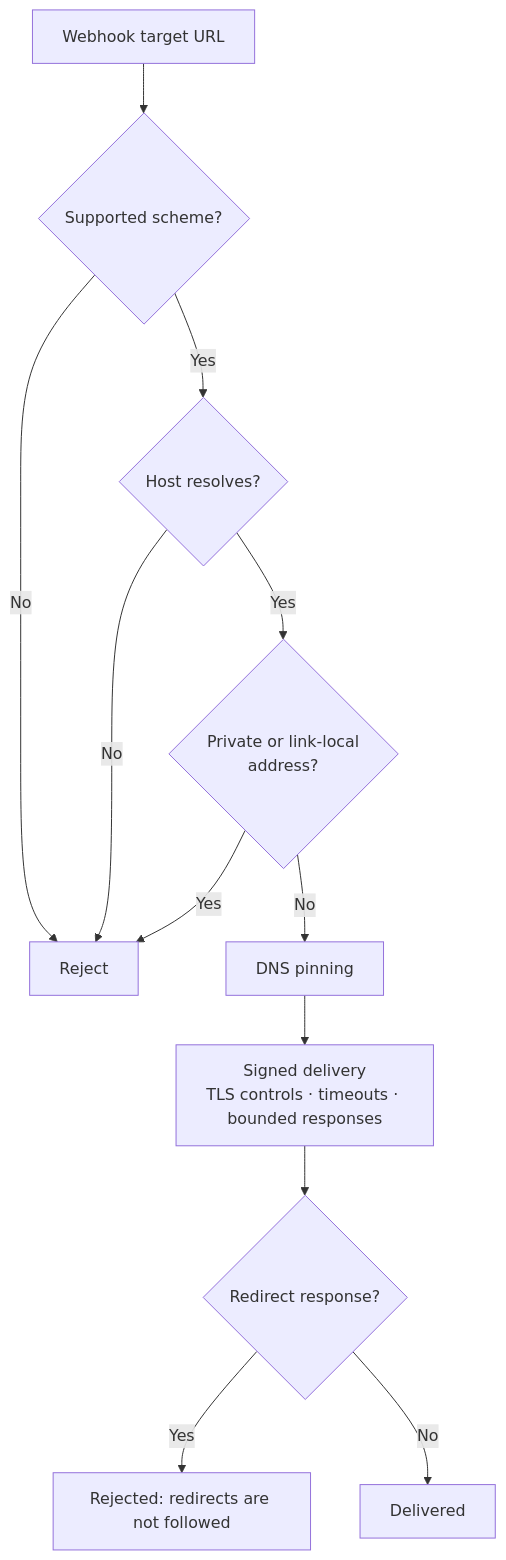
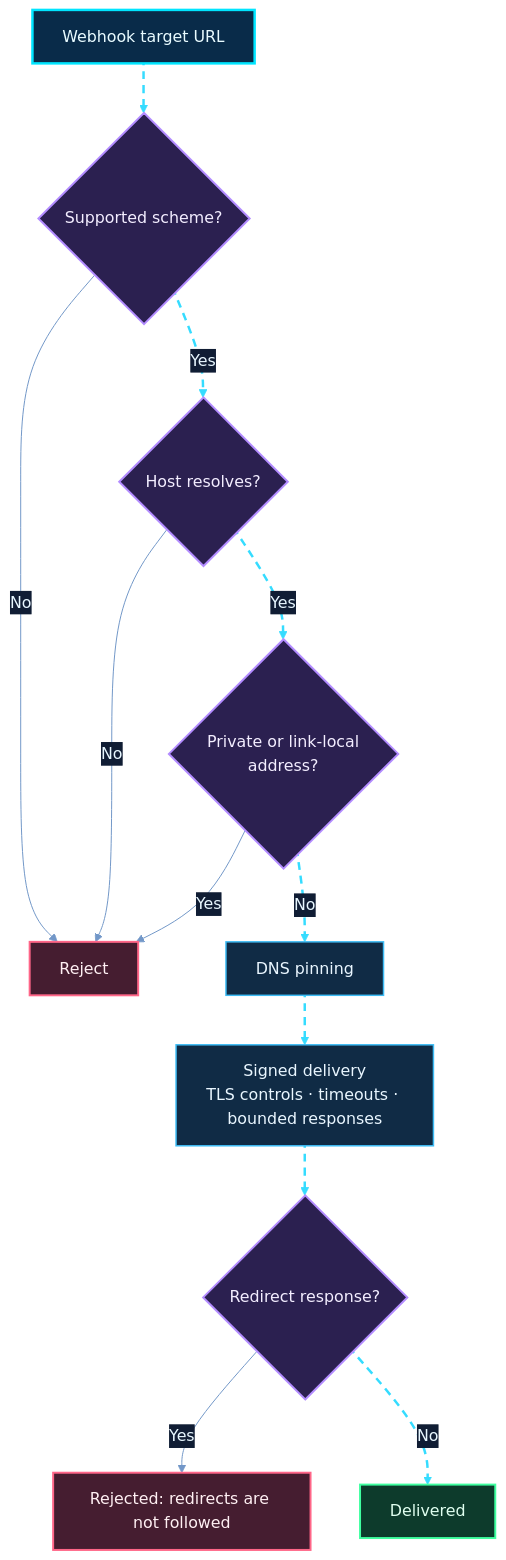
Before and after one commit to shajeduzzamanenan992008inc/NexOra-Database-key-Gen: diagram 20 of 23 in README.md, drawn with Mermaid. The commit also changed other lines of this file, not shown here.

````diff
--- a/README.md
+++ b/README.md
@@ -1273,14 +1595,35 @@
 ```mermaid
+%%{init: {"theme":"base","themeVariables":{"darkMode":true,"background":"#07111f","primaryColor":"#102744","primaryTextColor":"#e8f7ff","primaryBorderColor":"#00d9ff","lineColor":"#7297c8","secondaryColor":"#261d45","secondaryTextColor":"#f3eaff","secondaryBorderColor":"#a78bfa","tertiaryColor":"#12332b","tertiaryTextColor":"#e0fff1","tertiaryBorderColor":"#41e6a2","fontFamily":"Inter, Segoe UI, sans-serif","edgeLabelBackground":"#101d34","mainBkg":"#102744","nodeBorder":"#00d9ff","clusterBkg":"#0b1930","clusterBorder":"#6f7dff","actorBkg":"#102744","actorBorder":"#00d9ff","actorTextColor":"#e8f7ff","signalColor":"#64d8ff","signalTextColor":"#e8f7ff","noteBkgColor":"#0e332b","noteBorderColor":"#41e6a2","noteTextColor":"#e0fff1"}}}%%
 flowchart TD
-    W1["Webhook target URL"] --> W2{"Supported scheme?"}
+    W1["Webhook target URL"] nx16e01@--> W2{"Supported scheme?"}
     W2 -->|No| X["Reject"]
-    W2 -->|Yes| W3{"Host resolves?"}
+    W2 nx16e02@-->|Yes| W3{"Host resolves?"}
     W3 -->|No| X
-    W3 -->|Yes| W4{"Private or link-local<br/>address?"}
+    W3 nx16e03@-->|Yes| W4{"Private or link-local<br/>address?"}
     W4 -->|Yes| X
-    W4 -->|No| W5["DNS pinning"]
-    W5 --> W6["Signed delivery<br/>TLS controls · timeouts · bounded responses"]
-    W6 --> W7{"Redirect response?"}
+    W4 nx16e04@-->|No| W5["DNS pinning"]
+    W5 nx16e05@--> W6["Signed delivery<br/>TLS controls · timeouts · bounded responses"]
+    W6 nx16e06@--> W7{"Redirect response?"}
     W7 -->|Yes| X2["Rejected: redirects are not followed"]
-    W7 -->|No| W8["Delivered"]
+    W7 nx16e07@-->|No| W8["Delivered"]
+
+    %% OMEGA NEX-ORA visual classes
+    %% OMEGA NEX-ORA / ULTRA NEON PALETTE
+    classDef nxCore fill:#092b49,stroke:#00e5ff,stroke-width:2.5px,color:#e9fbff;
+    classDef nxProcess fill:#102b45,stroke:#3dbcf5,stroke-width:1.5px,color:#e9f6ff;
+    classDef nxDecision fill:#2b2050,stroke:#b38cff,stroke-width:2px,color:#f3edff;
+    classDef nxSuccess fill:#0d3b2c,stroke:#3fffa0,stroke-width:2px,color:#e0fff0;
+    classDef nxDanger fill:#451d30,stroke:#ff6688,stroke-width:2px,color:#fff0f3;
+    classDef nxData fill:#12352d,stroke:#63e6be,stroke-width:2px,color:#e1fff5;
+    classDef nxExternal fill:#2b2149,stroke:#c4a5ff,stroke-width:2px,color:#f3ecff;
+    classDef nxInfo fill:#17253e,stroke:#91a7c9,stroke-width:1.5px,color:#e5efff;
+    classDef nxWarning fill:#453116,stroke:#fbbf24,stroke-width:2px,color:#fff6d6;
+    %% Moving dashed route: Mermaid applies this class to explicitly identified edges.
+    classDef nxAnimated stroke:#35dcff,stroke-width:2.5px,stroke-dasharray:8\,6,stroke-dashoffset:1000,animation:dash 24s linear infinite;
+    class W1 nxCore;
+    class W2,W3,W4,W7 nxDecision;
+    class X,X2 nxDanger;
+    class W5,W6 nxProcess;
+    class W8 nxSuccess;
+    class nx16e01,nx16e02,nx16e03,nx16e04,nx16e05,nx16e06,nx16e07 nxAnimated;
 ```
````
